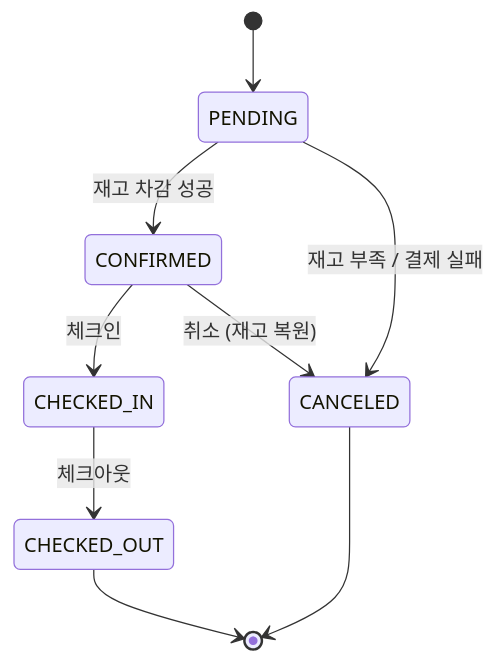
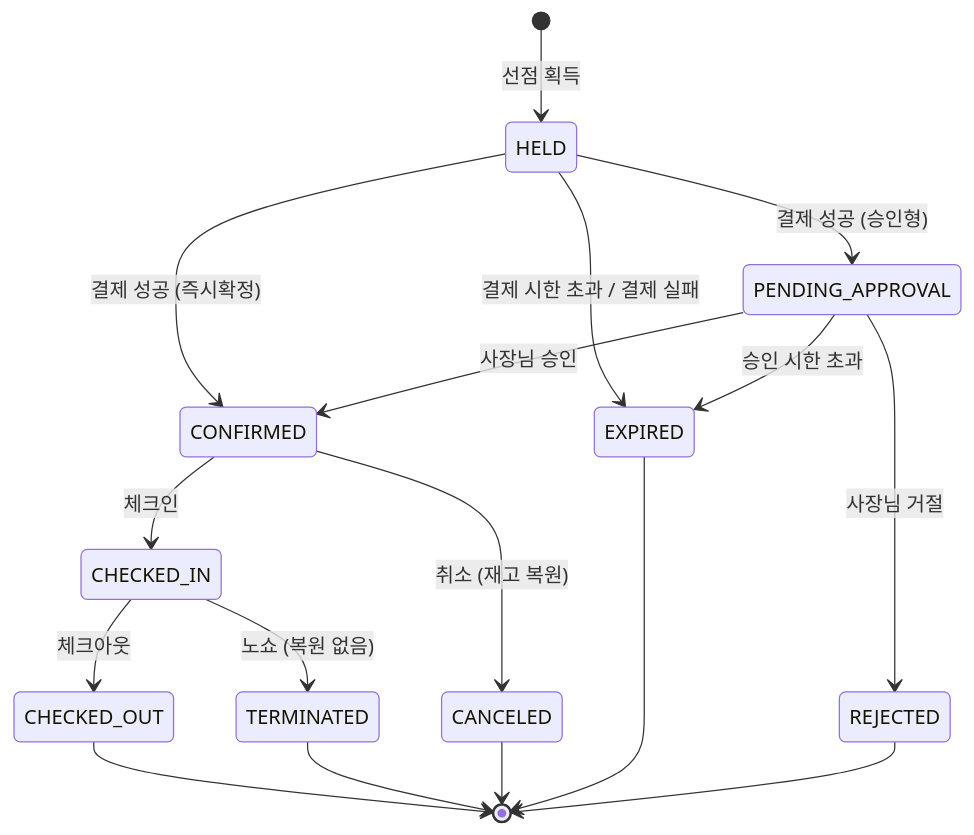
The second of 2 diagrams in docs/01-domain-model.md (PreAgile/stay-inventory-sync), drawn with Mermaid before and after one commit. The commit also changed other lines of this file and 5 other files, not shown here.

````diff
--- a/docs/01-domain-model.md
+++ b/docs/01-domain-model.md
@@ -92,11 +103,19 @@
 ```mermaid
 stateDiagram-v2
-    [*] --> PENDING
-    PENDING --> CONFIRMED : 재고 차감 성공
-    PENDING --> CANCELED : 재고 부족 / 결제 실패
+    [*] --> HELD : 선점 획득
+    HELD --> EXPIRED : 결제 시한 초과 / 결제 실패
+    HELD --> CONFIRMED : 결제 성공 (즉시확정)
+    HELD --> PENDING_APPROVAL : 결제 성공 (승인형)
+    PENDING_APPROVAL --> CONFIRMED : 사장님 승인
+    PENDING_APPROVAL --> REJECTED : 사장님 거절
+    PENDING_APPROVAL --> EXPIRED : 승인 시한 초과
     CONFIRMED --> CHECKED_IN : 체크인
     CONFIRMED --> CANCELED : 취소 (재고 복원)
     CHECKED_IN --> CHECKED_OUT : 체크아웃
+    CHECKED_IN --> TERMINATED : 노쇼 (복원 없음)
     CHECKED_OUT --> [*]
+    TERMINATED --> [*]
     CANCELED --> [*]
+    EXPIRED --> [*]
+    REJECTED --> [*]
 ```
````
